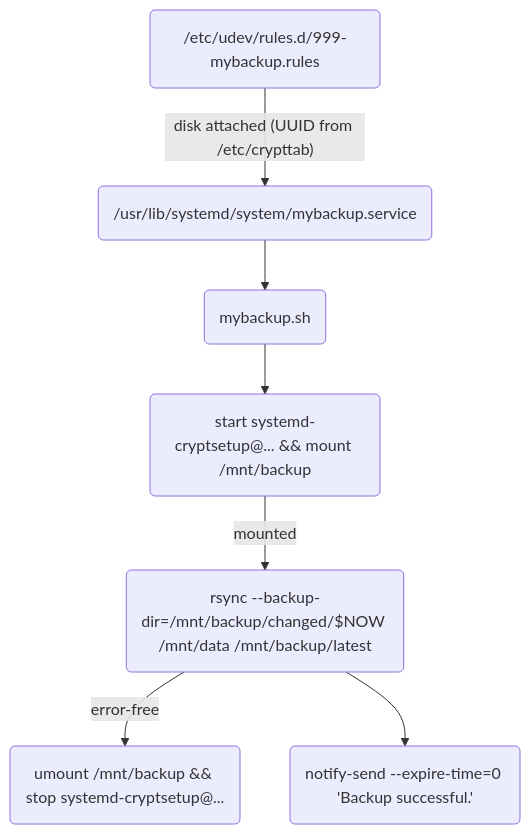
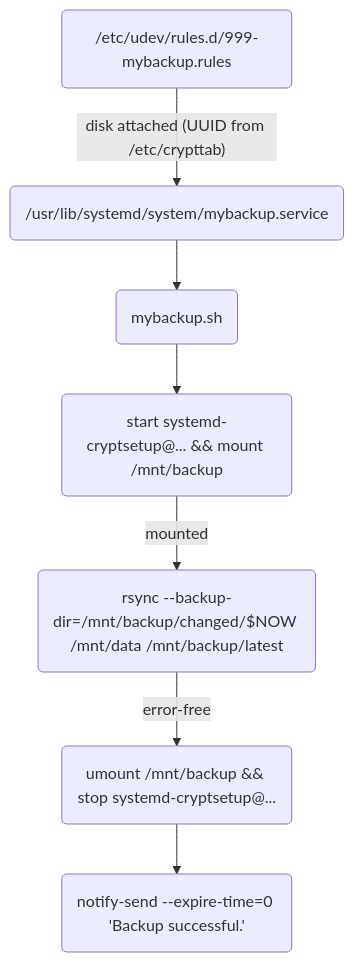
Before and after one commit to andre-st/dotfiles: the diagram in README.md, drawn with Mermaid.

Commit message:
fix backup flowchart

````diff
--- a/README.md
+++ b/README.md
@@ -259,18 +259,18 @@
 ```mermaid
 flowchart TD
 
 	udev("/etc/udev/rules.d/999-mybackup.rules")
 	service("/usr/lib/systemd/system/mybackup.service")
 	sh("mybackup.sh")
 	mount("start systemd-cryptsetup@... && mount /mnt/backup")
 	umount("umount /mnt/backup && stop systemd-cryptsetup@...")
 	rsync("rsync --backup-dir=/mnt/backup/changed/$NOW /mnt/data /mnt/backup/latest")
 	notify("notify-send --expire-time=0 'Backup successful.'")
 
 	udev-- "disk attached (UUID from /etc/crypttab)" -->service
 	service-->sh
 	sh-->mount
 	mount-- "mounted" -->rsync
 	rsync-- "error-free" -->umount
-	rsync-->notify
+	umount-->notify
 ```
````
